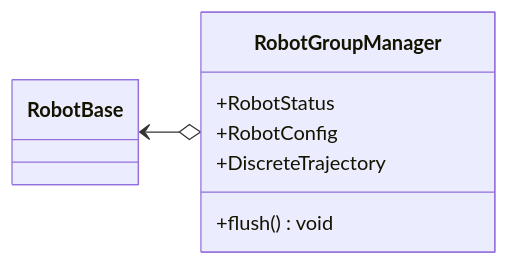
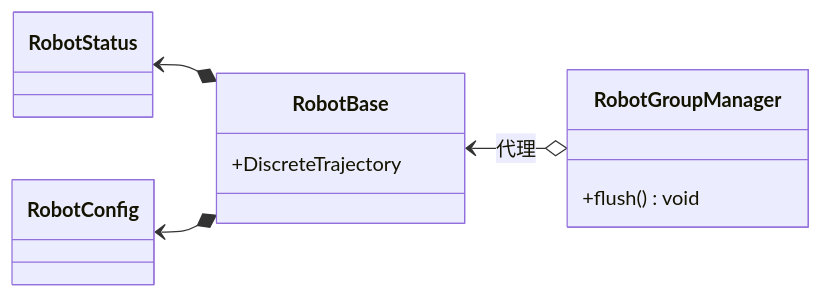
Before and after one commit to lazyshawn/NeoRobotController: the first of 3 diagrams in src/robot_interface/README.md, drawn with Mermaid. The commit also changed 32 other files, not shown here.

````diff
--- a/src/robot_interface/README.md
+++ b/src/robot_interface/README.md
@@ -9,19 +9,24 @@
 ``` mermaid
 classDiagram
     direction LR
 
     %%note "line1line2"
 
     class RobotGroupManager {
-        +RobotStatus
-        +RobotConfig
-        +DiscreteTrajectory
         +flush() void
     }
 
     class RobotBase {
-
+        +DiscreteTrajectory
     }
 
-    RobotBase <--o RobotGroupManager
+    class RobotStatus {
+    }
+
+    class RobotConfig {
+    }
+
+    RobotBase <--o RobotGroupManager: 代理
+    RobotStatus <--* RobotBase
+    RobotConfig <--* RobotBase
 ```
````
